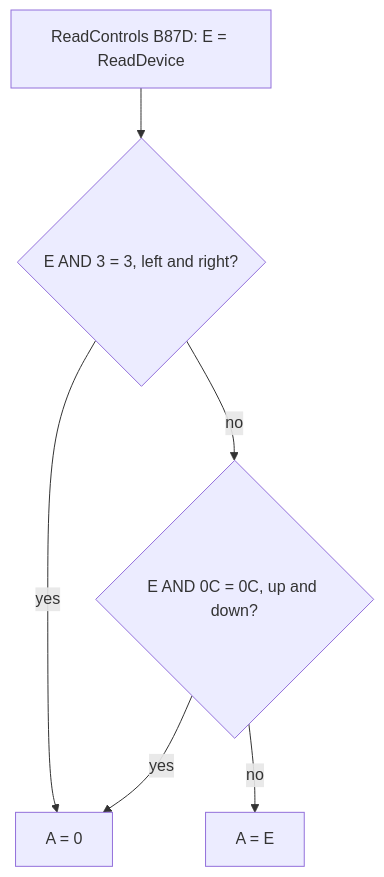
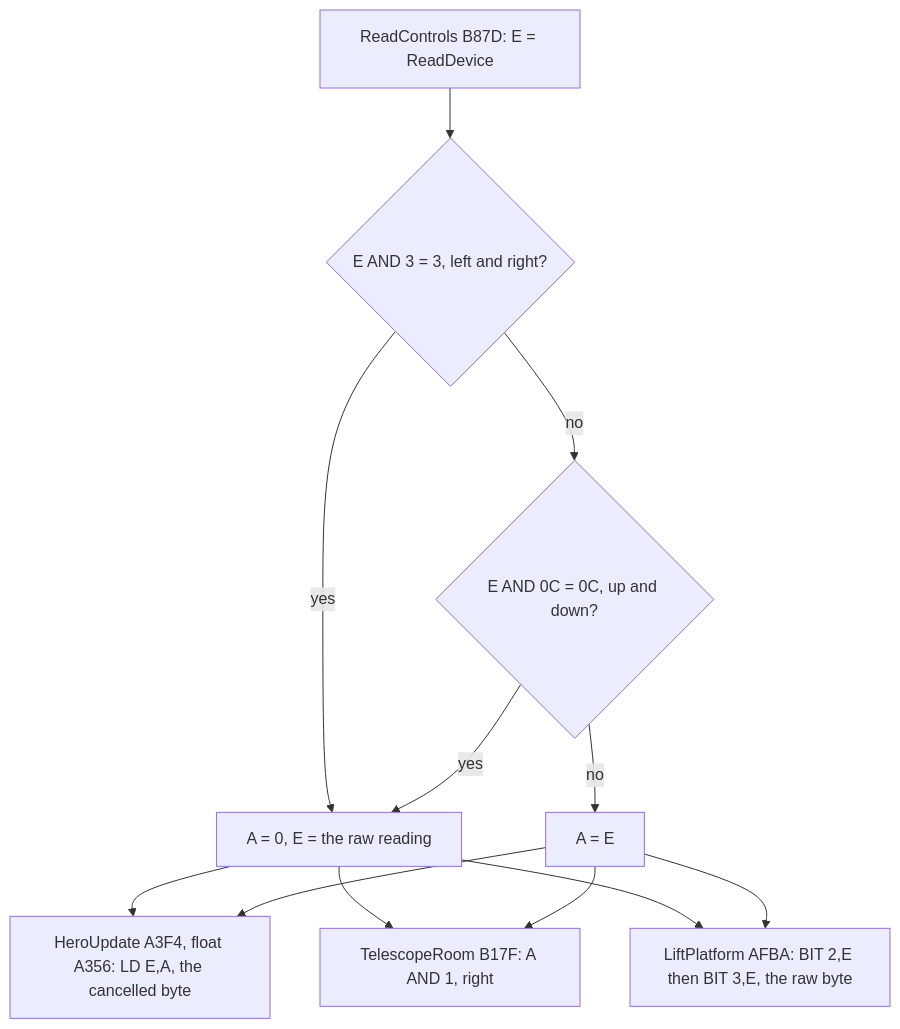
Before and after one commit to alfishe/unrealng-reverse-cases: the third of 10 diagrams in games/terramex/docs/05-controls.md, drawn with Mermaid. The commit also changed other lines of this file and 70 other files, not shown here.

````diff
--- a/games/terramex/docs/05-controls.md
+++ b/games/terramex/docs/05-controls.md
@@ -364,8 +365,14 @@
 ```mermaid
 flowchart TD
     A["ReadControls B87D: E = ReadDevice"] --> B{"E AND 3 = 3, left and right?"}
-    B -->|"yes"| Z["A = 0"]
+    B -->|"yes"| Z["A = 0, E = the raw reading"]
     B -->|"no"| C{"E AND 0C = 0C, up and down?"}
     C -->|"yes"| Z
     C -->|"no"| D["A = E"]
+    Z --> U["HeroUpdate A3F4, float A356: LD E,A, the cancelled byte"]
+    D --> U
+    Z --> T["TelescopeRoom B17F: A AND 1, right"]
+    D --> T
+    Z --> L["LiftPlatform AFBA: BIT 2,E then BIT 3,E, the raw byte"]
+    D --> L
 ```
````
